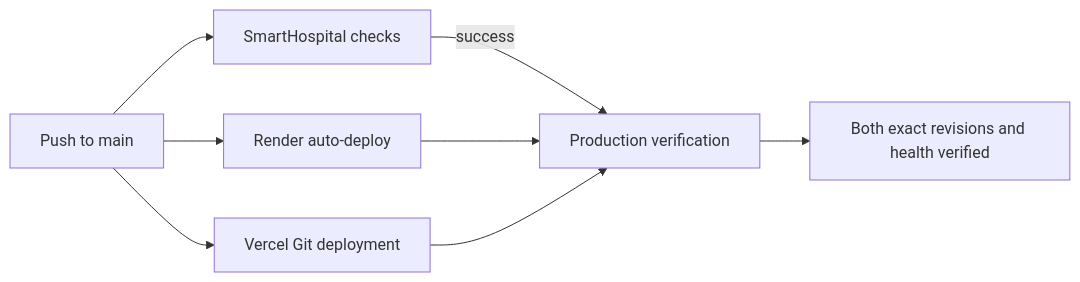
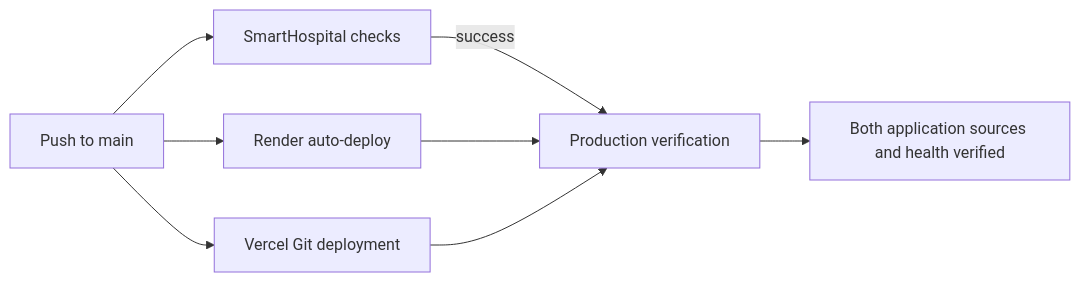
The diagram in docs/CD.md (ITCrazy357/SmartHospital), drawn with Mermaid before and after one commit. The commit also changed other lines of this file and 3 other files, not shown here.

````diff
--- a/docs/CD.md
+++ b/docs/CD.md
@@ -8,10 +8,10 @@
 ```mermaid
 flowchart LR
   Push[Push to main] --> CI[SmartHospital checks]
   Push --> Render[Render auto-deploy]
   Push --> Vercel[Vercel Git deployment]
   CI -->|success| CD[Production verification]
   Render --> CD
   Vercel --> CD
-  CD --> Result[Both exact revisions and health verified]
+  CD --> Result[Both application sources and health verified]
 ```
````
